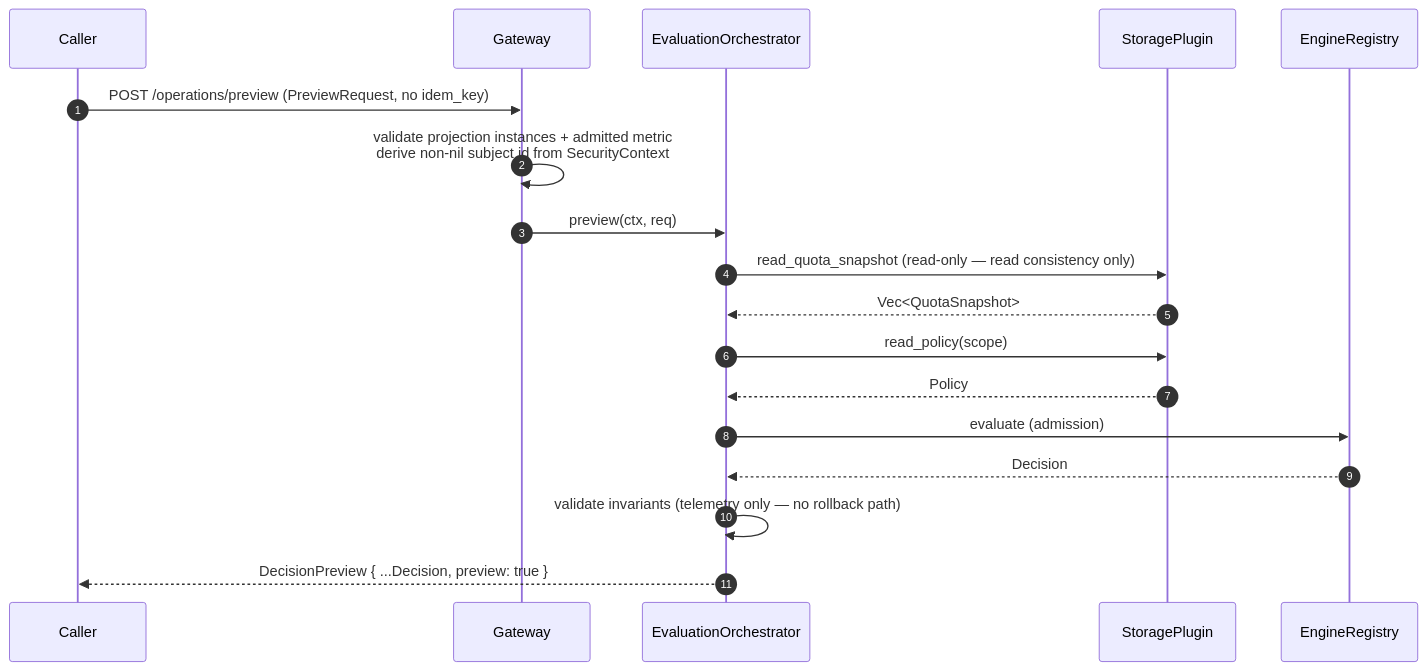
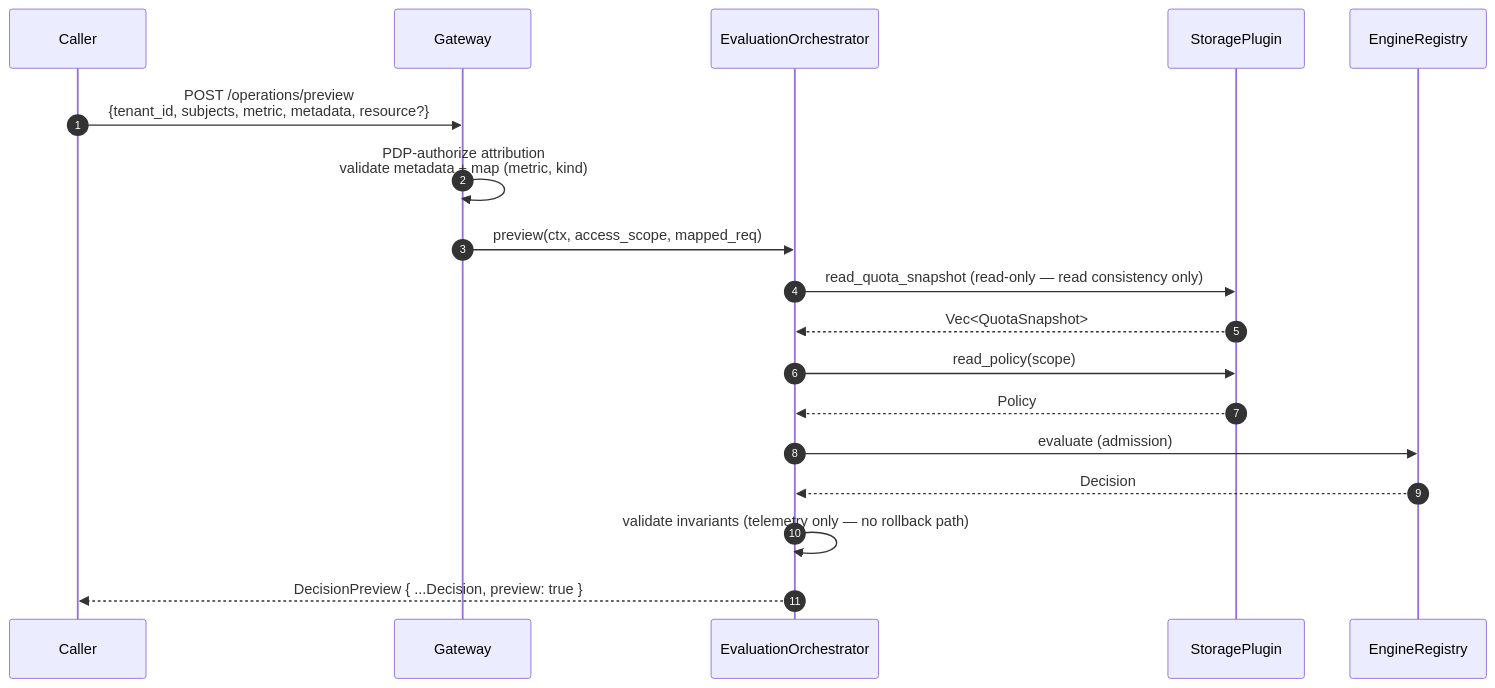
Diagram 11 of 17 in gears/system/quota-enforcement/docs/DESIGN.md (constructorfabric/gears-rust), drawn with Mermaid before and after one commit. The commit also changed other lines of this file and 29 other files, not shown here.

First line of the commit message:
docs(quota-enforcement): feature docs, S2S attribution model, and contract schemas

````diff
--- a/gears/system/quota-enforcement/docs/DESIGN.md
+++ b/gears/system/quota-enforcement/docs/DESIGN.md
@@ -1782,21 +1823,21 @@
 ```mermaid
 sequenceDiagram
     autonumber
     participant Caller
     participant GW as Gateway
     participant EO as EvaluationOrchestrator
     participant SP as StoragePlugin
     participant ER as EngineRegistry
 
-    Caller ->> GW: POST /operations/preview (PreviewRequest, no idem_key)
-    GW ->> GW: validate projection instances + admitted metric<br/>derive non-nil subject id from SecurityContext
-    GW ->> EO: preview(ctx, req)
+    Caller ->> GW: POST /operations/preview<br/>{tenant_id, subjects, metric, metadata, resource?}
+    GW ->> GW: PDP-authorize attribution<br/>validate metadata + map (metric, kind)
+    GW ->> EO: preview(ctx, access_scope, mapped_req)
     EO ->> SP: read_quota_snapshot (read-only — read consistency only)
     SP -->> EO: Vec<QuotaSnapshot>
     EO ->> SP: read_policy(scope)
     SP -->> EO: Policy
     EO ->> ER: evaluate (admission)
     ER -->> EO: Decision
     EO ->> EO: validate invariants (telemetry only — no rollback path)
     EO -->> Caller: DecisionPreview { ...Decision, preview: true }
 ```
````
